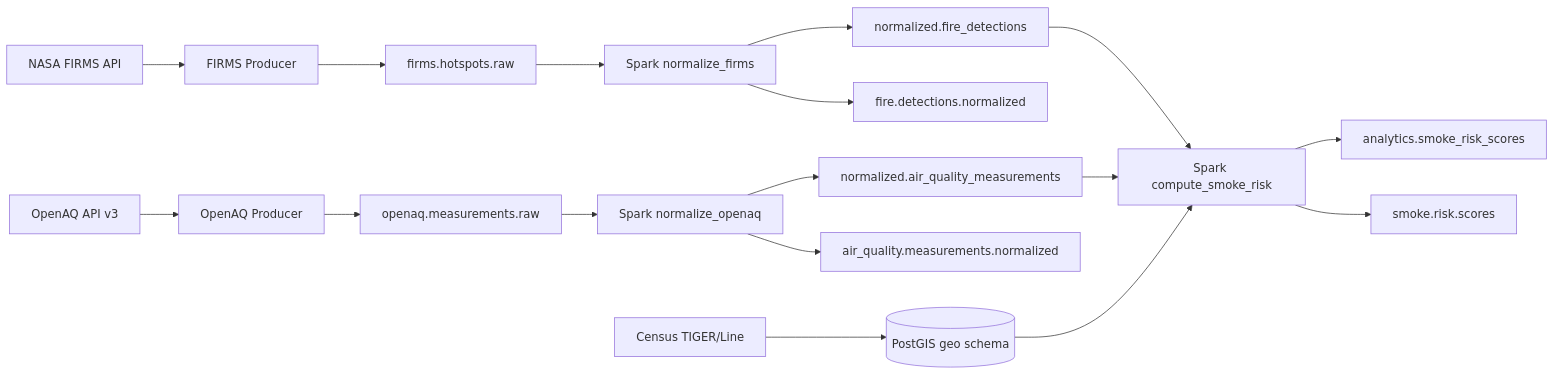
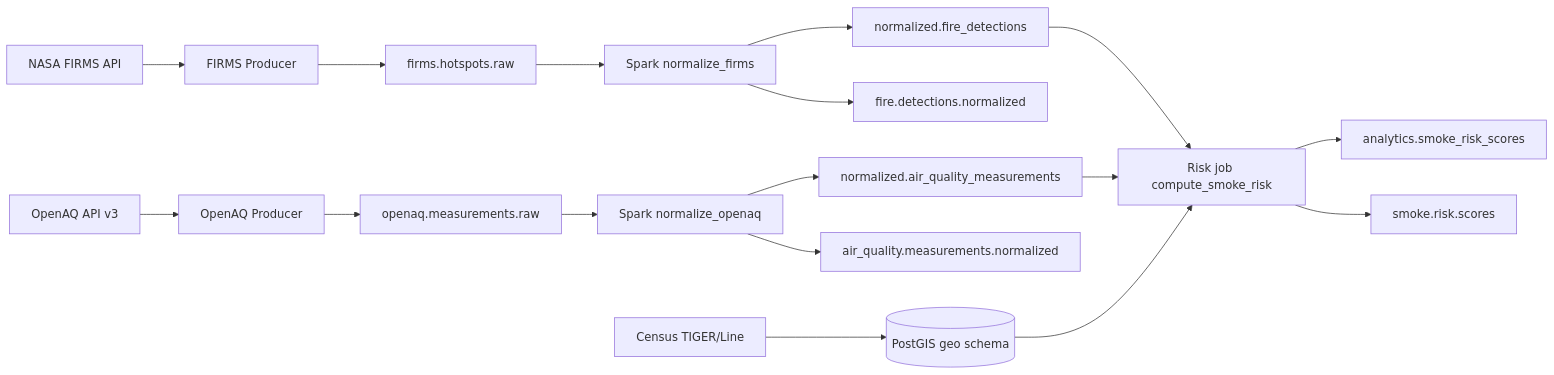
One commit to sempervent/wildfire-smoke-risk-correlator changed the diagram in README.md. Above: the diagram before and after it, drawn with Mermaid. The commit also changed other lines of this file and 2 other files, not shown here.

````diff
--- a/README.md
+++ b/README.md
@@ -17,21 +19,21 @@
 ```mermaid
 flowchart LR
   FIRMS[NASA FIRMS API] --> FP[FIRMS Producer]
   FP --> KR[firms.hotspots.raw]
   KR --> SF[Spark normalize_firms]
   SF --> PF[normalized.fire_detections]
   SF --> KN[fire.detections.normalized]
 
   OAQ[OpenAQ API v3] --> OP[OpenAQ Producer]
   OP --> KO[openaq.measurements.raw]
   KO --> SO[Spark normalize_openaq]
   SO --> PA[normalized.air_quality_measurements]
   SO --> KA[air_quality.measurements.normalized]
 
   CEN[Census TIGER/Line] --> PG[(PostGIS geo schema)]
-  PF --> SR[Spark compute_smoke_risk]
+  PF --> SR[Risk job compute_smoke_risk]
   PA --> SR
   PG --> SR
   SR --> AN[analytics.smoke_risk_scores]
   SR --> KS[smoke.risk.scores]
 ```
````
